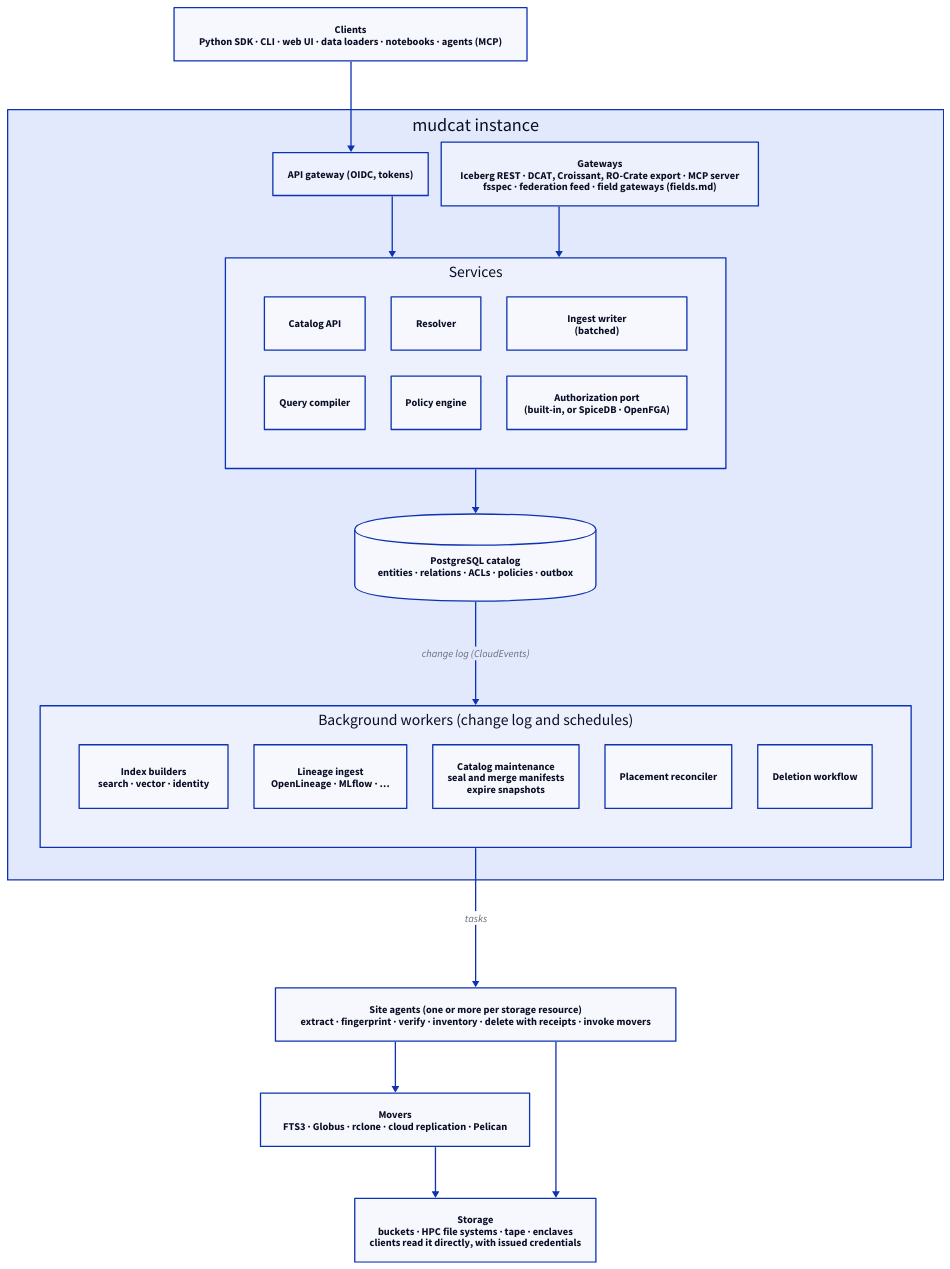
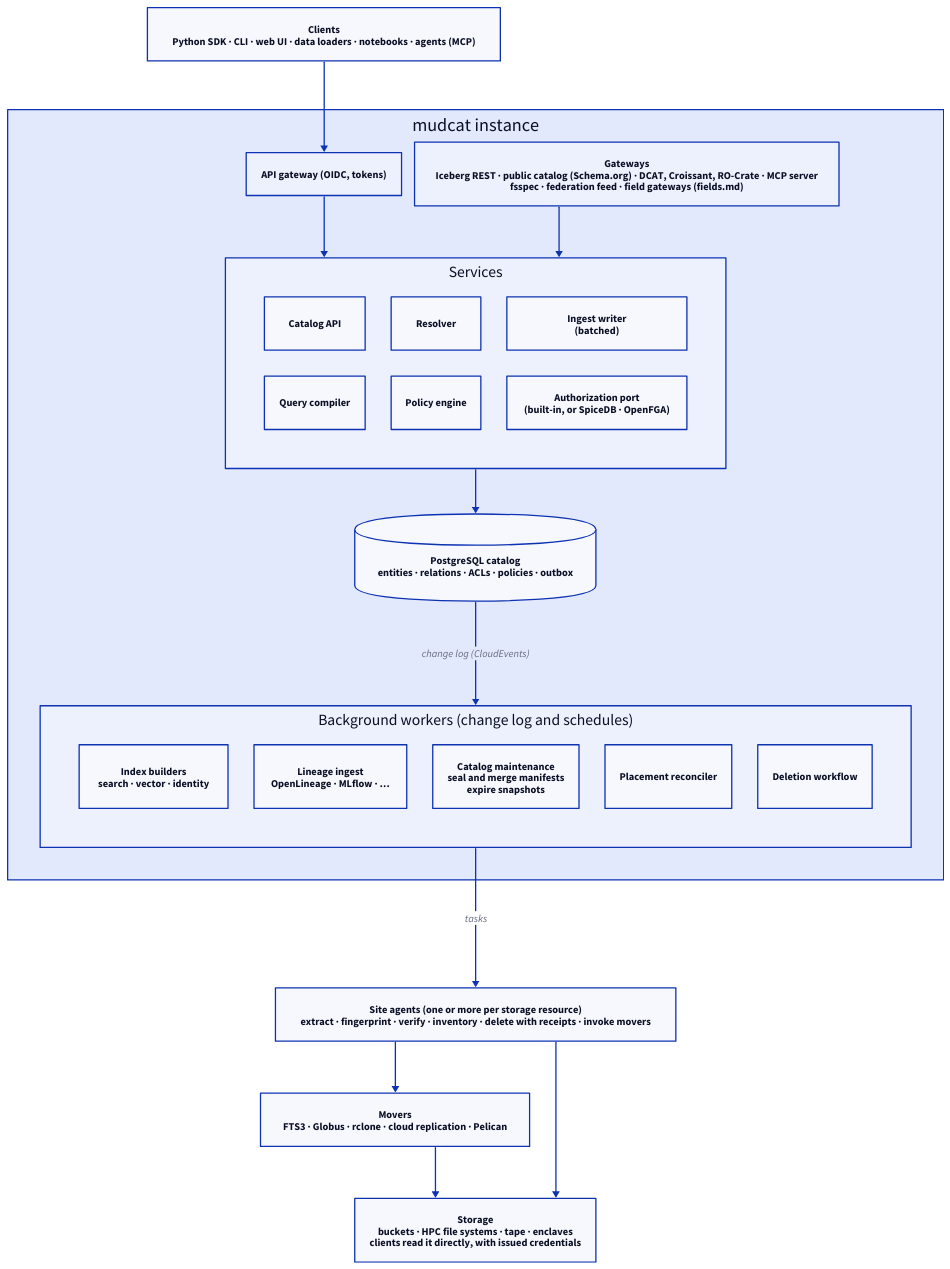
Before and after one commit to brianv0/mudcat: the diagram in docs/architecture.md, drawn with D2. The commit also changed other lines of this file and 7 other files, not shown here.

First line of the commit message:
Align with Schema.org and Croissant; add discovered data, lifetime classes and use records

````diff
--- a/docs/architecture.md
+++ b/docs/architecture.md
@@ -32,54 +32,54 @@
 ```d2
 vars: {
   d2-config: {
     layout-engine: elk
   }
 }
 direction: down
 
 clients: "Clients\nPython SDK · CLI · web UI · data loaders · notebooks · agents (MCP)"
 
 instance: mudcat instance {
   gateway: "API gateway (OIDC, tokens)"
-  gateways: "Gateways\nIceberg REST · DCAT, Croissant, RO-Crate export · MCP server\nfsspec · federation feed · field gateways (fields.md)"
+  gateways: "Gateways\nIceberg REST · public catalog (Schema.org) · DCAT, Croissant, RO-Crate · MCP server\nfsspec · federation feed · field gateways (fields.md)"
 
   services: Services {
     grid-columns: 3
     api: Catalog API
     query: Query compiler
     resolver: Resolver
     policy: Policy engine
     ingest: "Ingest writer\n(batched)"
     authz: "Authorization port\n(built-in, or SpiceDB · OpenFGA)"
   }
 
   db: "PostgreSQL catalog\nentities · relations · ACLs · policies · outbox" {
     shape: cylinder
   }
 
   consumers: "Background workers (change log and schedules)" {
     grid-columns: 5
     index: "Index builders\nsearch · vector · identity"
     lineage: "Lineage ingest\nOpenLineage · MLflow · …"
     maintenance: "Catalog maintenance\nseal and merge manifests\nexpire snapshots"
     placement: Placement reconciler
     deletion: Deletion workflow
   }
 
   gateway -> services
   gateways -> services
   services -> db
   db -> consumers: change log (CloudEvents)
 }
 
 agents: "Site agents (one or more per storage resource)\nextract · fingerprint · verify · inventory · delete with receipts · invoke movers"
 
 storage: "Storage\nbuckets · HPC file systems · tape · enclaves\nclients read it directly, with issued credentials"
 movers: "Movers\nFTS3 · Globus · rclone · cloud replication · Pelican"
 
 clients -> instance.gateway
 instance.consumers -> agents: tasks
 agents -> movers
 agents -> storage
 movers -> storage
 ```
````
